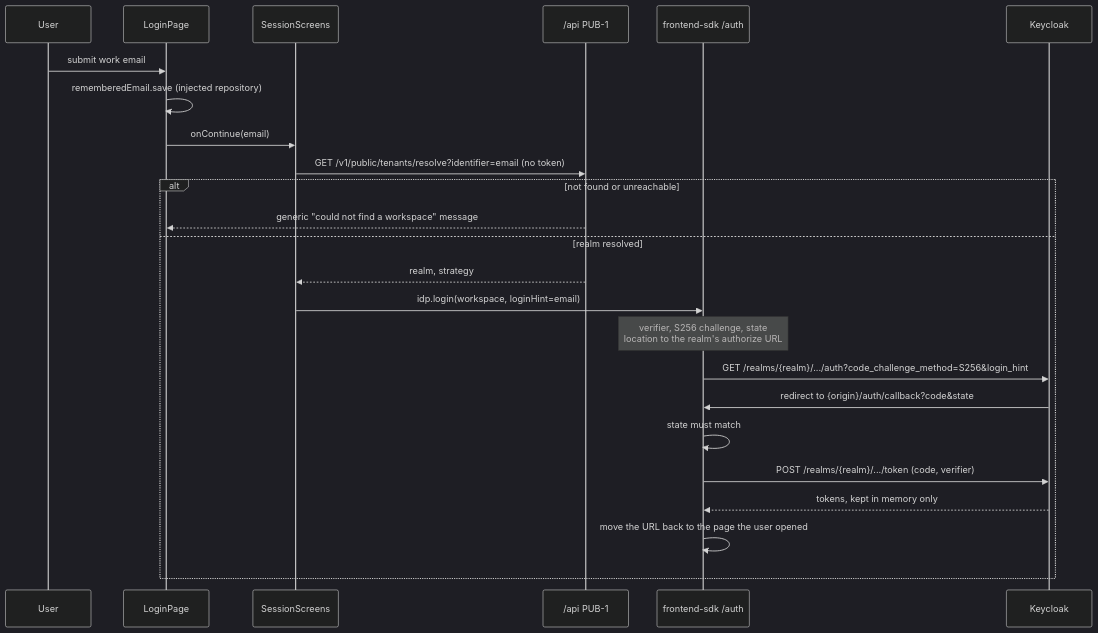
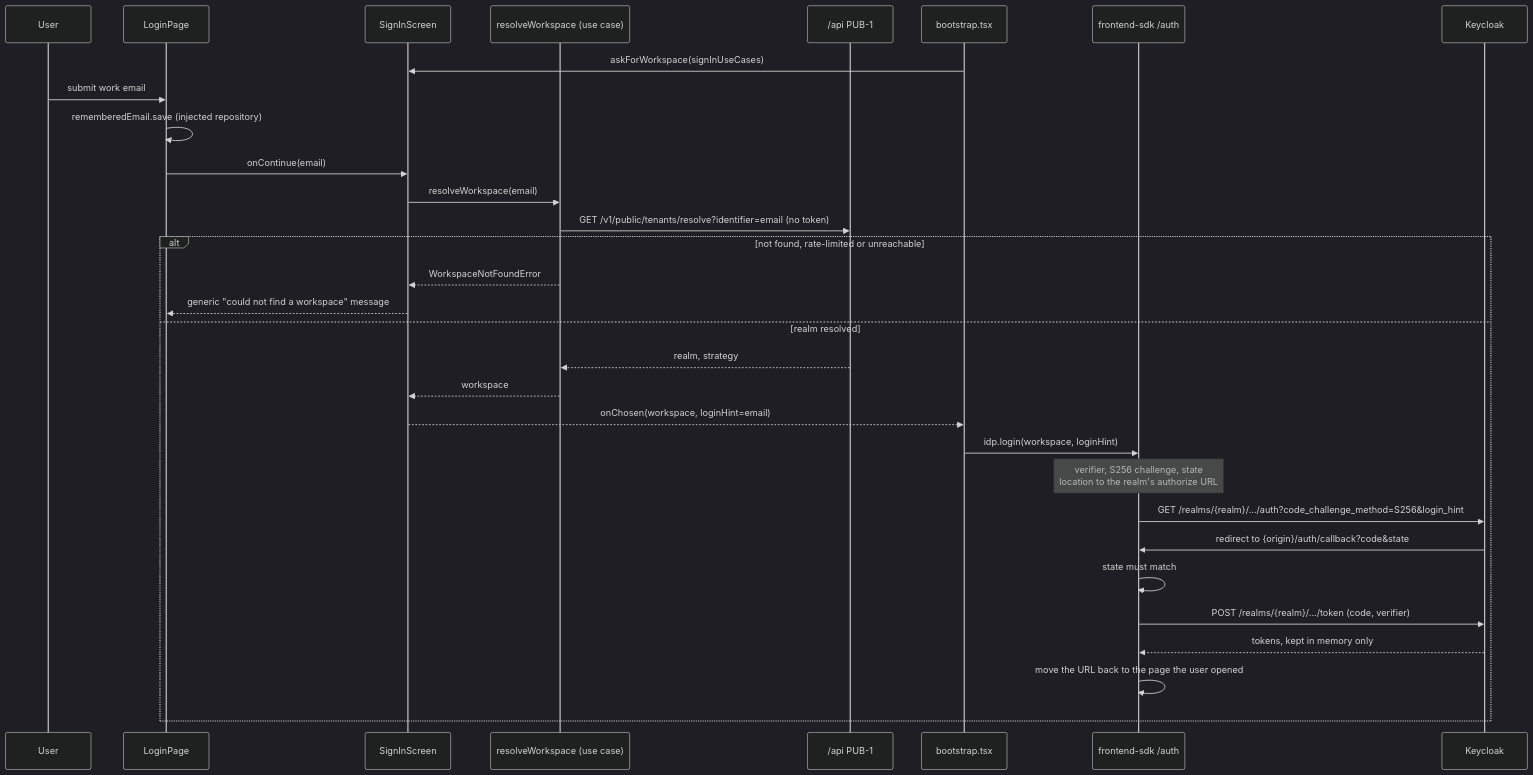
The diagram in docs/architecture/mermaid/sign-in-flow.mmd (BCBP-SOLUTIONS-FZC-LLC/web-shell), drawn with Mermaid (dark theme) before and after one commit. The commit also changed 21 other files, not shown here.

```diff
--- a/docs/architecture/mermaid/sign-in-flow.mmd
+++ b/docs/architecture/mermaid/sign-in-flow.mmd
@@ -1,25 +1,32 @@
 sequenceDiagram
     participant User
     participant Login as LoginPage
-    participant Screens as SessionScreens
+    participant Screens as SignInScreen
+    participant UC as resolveWorkspace (use case)
     participant IAM as /api PUB-1
+    participant Boot as bootstrap.tsx
     participant SDK as frontend-sdk /auth
     participant KC as Keycloak
 
+    Boot->>Screens: askForWorkspace(signInUseCases)
     User->>Login: submit work email
     Login->>Login: rememberedEmail.save (injected repository)
     Login->>Screens: onContinue(email)
-    Screens->>IAM: GET /v1/public/tenants/resolve?identifier=email (no token)
-    alt not found or unreachable
-        IAM-->>Login: generic "could not find a workspace" message
+    Screens->>UC: resolveWorkspace(email)
+    UC->>IAM: GET /v1/public/tenants/resolve?identifier=email (no token)
+    alt not found, rate-limited or unreachable
+        UC-->>Screens: WorkspaceNotFoundError
+        Screens-->>Login: generic "could not find a workspace" message
     else realm resolved
-        IAM-->>Screens: realm, strategy
-        Screens->>SDK: idp.login(workspace, loginHint=email)
+        IAM-->>UC: realm, strategy
+        UC-->>Screens: workspace
+        Screens-->>Boot: onChosen(workspace, loginHint=email)
+        Boot->>SDK: idp.login(workspace, loginHint)
         Note over SDK: verifier, S256 challenge, state<br/>location to the realm's authorize URL
         SDK->>KC: GET /realms/{realm}/.../auth?code_challenge_method=S256&login_hint
         KC->>SDK: redirect to {origin}/auth/callback?code&state
         SDK->>SDK: state must match
         SDK->>KC: POST /realms/{realm}/.../token (code, verifier)
         KC-->>SDK: tokens, kept in memory only
         SDK->>SDK: move the URL back to the page the user opened
     end
```
